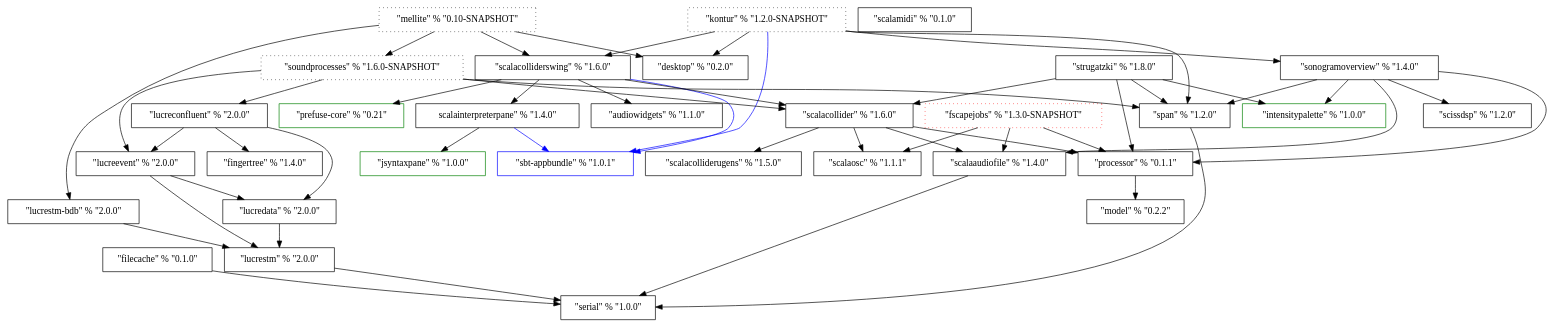
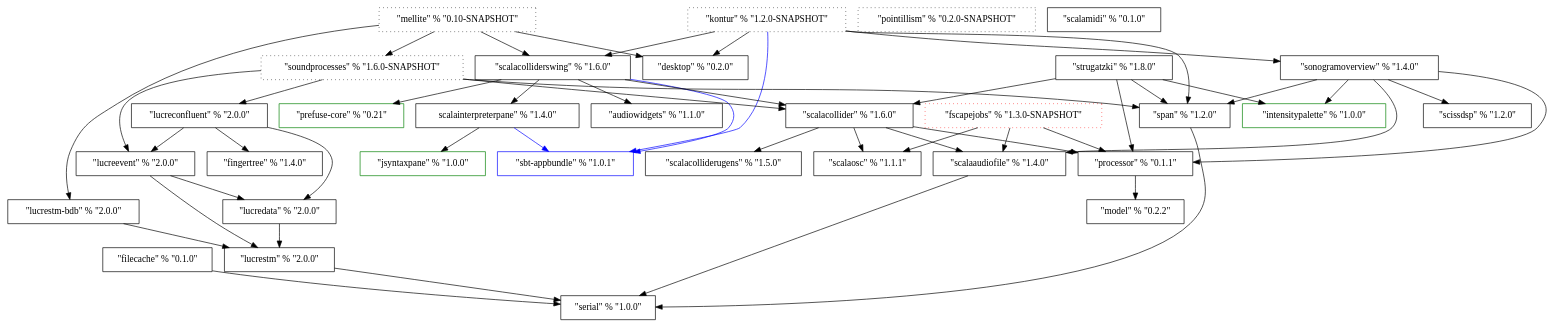
The diagram in ProjectDependencies/dep.dot (Sciss/HistoricalCode), drawn with Graphviz before and after one commit.

```diff
--- a/ProjectDependencies/dep.dot
+++ b/ProjectDependencies/dep.dot
@@ -1,82 +1,83 @@
 digraph G {
 	AudioWidgets [label="\"audiowidgets\" % \"1.1.0\"", shape=box];
 	Desktop [label="\"desktop\" % \"0.2.0\"", shape=Box];
 	FileCache [label="\"filecache\" % \"0.1.0\"", shape=Box];
 	FingerTree [label="\"fingertree\" % \"1.4.0\"", shape=Box];
 	FScapeJobs [label="\"fscapejobs\" % \"1.3.0-SNAPSHOT\"", shape=box, style=dotted, color=red];
 	IntensityPalette [label="\"intensitypalette\" % \"1.0.0\"", shape=Box, color=green];
 	JSyntaxPane [label="\"jsyntaxpane\" % \"1.0.0\"", shape=Box, color=green];
 	Kontur [label="\"kontur\" % \"1.2.0-SNAPSHOT\"", shape=Box, style=dotted];
 	LucreConfluent [label="\"lucreconfluent\" % \"2.0.0\"", shape=Box];
 	LucreData [label="\"lucredata\" % \"2.0.0\"", shape=Box];
 	LucreEvent [label="\"lucreevent\" % \"2.0.0\"", shape=Box];
 	LucreSTM [label="\"lucrestm\" % \"2.0.0\"", shape=Box];
 	LucreSTM_BDB [label="\"lucrestm-bdb\" % \"2.0.0\"", shape=Box];
 	Mellite [label="\"mellite\" % \"0.10-SNAPSHOT\"", shape=Box, style=dotted];
 	Model [label="\"model\" % \"0.2.2\"", shape=Box];
 	PrefuseCore [label="\"prefuse-core\" % \"0.21\"", shape=Box, color=green];
+	Pointillism [label="\"pointillism\" % \"0.2.0-SNAPSHOT\"", shape=Box, style=dotted];
 	Processor [label="\"processor\" % \"0.1.1\"", shape=Box];
 	SbtAppbundle [label="\"sbt-appbundle\" % \"1.0.1\"", shape=Box, color=blue];
 	ScalaOSC [label="\"scalaosc\" % \"1.1.1\"", shape=box];
 	ScalaAudioFile [label="\"scalaaudiofile\" % \"1.4.0\"", shape=box];
 	ScalaCollider [label="\"scalacollider\" % \"1.6.0\"", shape=Box];
 	ScalaColliderSwing [label="\"scalacolliderswing\" % \"1.6.0\"", shape=Box];
 	ScalaColliderUGens [label="\"scalacolliderugens\" % \"1.5.0\"", shape=Box];
 	ScalaInterpreterPane [label="\scalainterpreterpane\" % \"1.4.0\"", shape=Box];
 	ScalaMIDI [label="\"scalamidi\" % \"0.1.0\"", shape=Box];
 	ScissDSP [label="\"scissdsp\" % \"1.2.0\"", shape=Box];
 	Serial [label="\"serial\" % \"1.0.0\"", shape=Box];
 	SonogramOverview [label="\"sonogramoverview\" % \"1.4.0\"", shape=Box];
 	SoundProcesses [label="\"soundprocesses\" % \"1.6.0-SNAPSHOT\"", shape=Box, style=dotted];
    Span [label="\"span\" % \"1.2.0\"", shape=box];
 	Strugatzki [label="\"strugatzki\" % \"1.8.0\"", shape=Box];
 	
 	FileCache -> Serial;
 	FScapeJobs -> Processor;
 	FScapeJobs -> ScalaOSC;
 	FScapeJobs -> ScalaAudioFile;
 	Kontur -> Desktop;
 	Kontur -> SbtAppbundle [color=blue];
 	Kontur -> ScalaColliderSwing;
 	Kontur -> SonogramOverview;
 	Kontur -> Span;
 	LucreConfluent -> FingerTree;
 	LucreConfluent -> LucreData;
 	LucreConfluent -> LucreEvent;
 	LucreData -> LucreSTM;
 	LucreEvent -> LucreSTM;
    LucreEvent -> LucreData;
    LucreSTM -> Serial;
    LucreSTM_BDB -> LucreSTM;
    Mellite -> Desktop;
 	Mellite -> LucreSTM_BDB;
 	Mellite -> ScalaColliderSwing;
 	Mellite -> SoundProcesses;
 	Processor -> Model;
    ScalaAudioFile -> Serial;
    ScalaCollider -> Processor;
 	ScalaCollider -> ScalaAudioFile;
 	ScalaCollider -> ScalaColliderUGens;
 	ScalaCollider -> ScalaOSC;
 	ScalaColliderSwing -> SbtAppbundle [color=blue];
 	ScalaColliderSwing -> ScalaCollider;
 	ScalaColliderSwing -> ScalaInterpreterPane;
 	ScalaColliderSwing -> PrefuseCore;
 	ScalaColliderSwing -> AudioWidgets;
 	ScalaInterpreterPane -> JSyntaxPane;
 	ScalaInterpreterPane -> SbtAppbundle [color=blue];
 	SonogramOverview -> IntensityPalette;
 	SonogramOverview -> Processor;
 	SonogramOverview -> ScalaAudioFile;
 	SonogramOverview -> ScissDSP;
 	SonogramOverview -> Span;
 	SoundProcesses -> ScalaCollider;
 	SoundProcesses -> LucreConfluent;
 	SoundProcesses -> LucreEvent;
 	SoundProcesses -> Span;
 	Span -> Serial;
 	Strugatzki -> IntensityPalette;
 	Strugatzki -> Processor;
 	Strugatzki -> ScalaCollider;
 	Strugatzki -> Span;
 }
```
